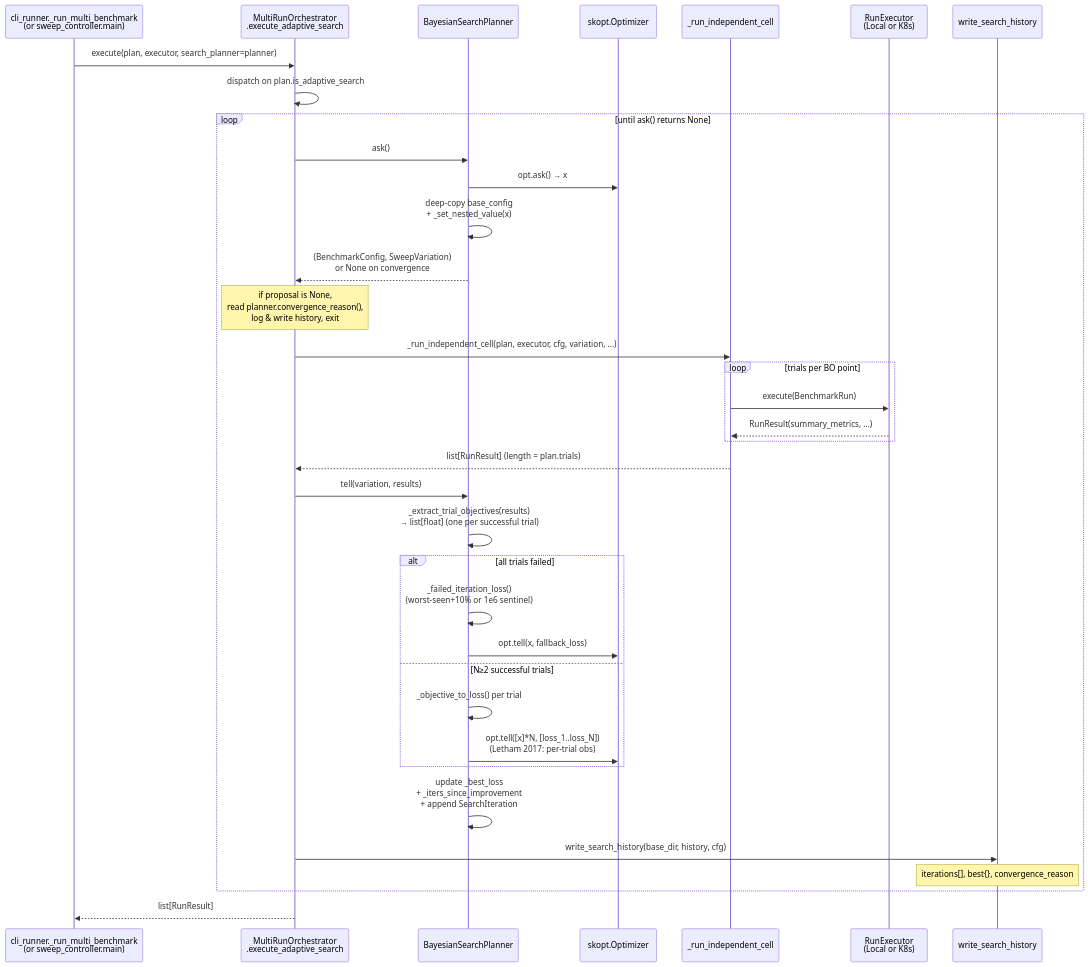
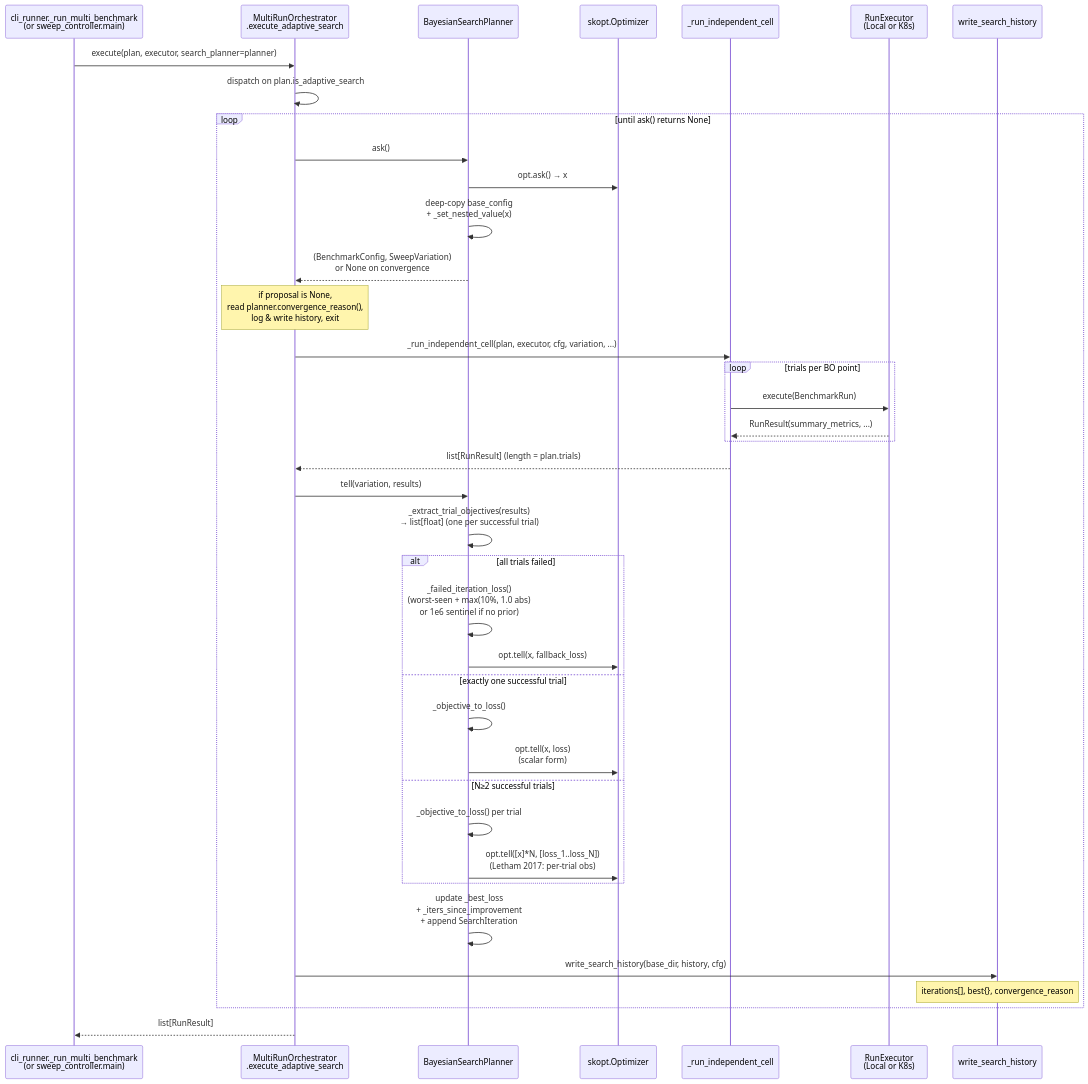
The second of 3 diagrams in docs/reference/adaptive-search-architecture.md (ai-dynamo/aiperf), drawn with Mermaid before and after one commit. The commit also changed other lines of this file and 7 other files, not shown here.

````diff
--- a/docs/reference/adaptive-search-architecture.md
+++ b/docs/reference/adaptive-search-architecture.md
@@ -121,45 +122,48 @@
 ```mermaid
 sequenceDiagram
     participant Runner as cli_runner._run_multi_benchmark<br/>(or sweep_controller.main)
     participant Orch as MultiRunOrchestrator<br/>.execute_adaptive_search
     participant Planner as BayesianSearchPlanner
     participant Skopt as skopt.Optimizer
     participant Cell as _run_independent_cell
     participant Exec as RunExecutor<br/>(Local or K8s)
     participant Hist as write_search_history
 
     Runner->>Orch: execute(plan, executor, search_planner=planner)
     Orch->>Orch: dispatch on plan.is_adaptive_search
 
     loop until ask() returns None
         Orch->>Planner: ask()
         Planner->>Skopt: opt.ask() → x
         Planner->>Planner: deep-copy base_config<br/>+ _set_nested_value(x)
         Planner-->>Orch: (BenchmarkConfig, SweepVariation)<br/>or None on convergence
 
         Note over Orch: if proposal is None,<br/>read planner.convergence_reason(),<br/>log & write history, exit
 
         Orch->>Cell: _run_independent_cell(plan, executor, cfg, variation, ...)
         loop trials per BO point
             Cell->>Exec: execute(BenchmarkRun)
             Exec-->>Cell: RunResult(summary_metrics, ...)
         end
         Cell-->>Orch: list[RunResult] (length = plan.trials)
 
         Orch->>Planner: tell(variation, results)
         Planner->>Planner: _extract_trial_objectives(results)<br/>→ list[float] (one per successful trial)
         alt all trials failed
-            Planner->>Planner: _failed_iteration_loss()<br/>(worst-seen+10% or 1e6 sentinel)
+            Planner->>Planner: _failed_iteration_loss()<br/>(worst-seen + max(10%, 1.0 abs)<br/>or 1e6 sentinel if no prior)
             Planner->>Skopt: opt.tell(x, fallback_loss)
+        else exactly one successful trial
+            Planner->>Planner: _objective_to_loss()
+            Planner->>Skopt: opt.tell(x, loss)<br/>(scalar form)
         else N≥2 successful trials
             Planner->>Planner: _objective_to_loss() per trial
             Planner->>Skopt: opt.tell([x]*N, [loss_1..loss_N])<br/>(Letham 2017: per-trial obs)
         end
         Planner->>Planner: update _best_loss<br/>+ _iters_since_improvement<br/>+ append SearchIteration
 
         Orch->>Hist: write_search_history(base_dir, history, cfg)
         Note over Hist: iterations[], best{}, convergence_reason
     end
 
     Orch-->>Runner: list[RunResult]
 ```
````
